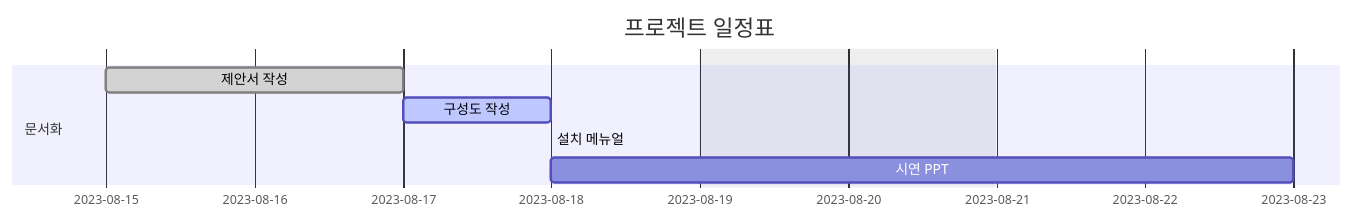
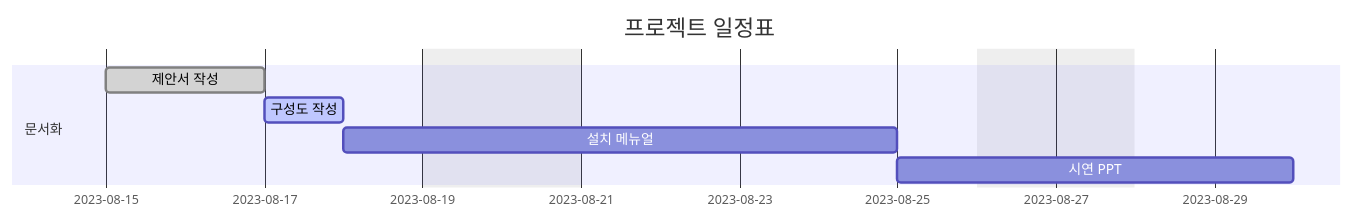
One commit to LOFL404/project1 changed the diagram in README.md. Above: the diagram before and after it, drawn with Mermaid.

````diff
--- a/README.md
+++ b/README.md
@@ -1,16 +1,16 @@
 ```mermaid
 gantt
     dateFormat  YYYY-MM-DD
     axisFormat  %Y-%m-%d
     title       프로젝트 일정표
     excludes    weekends saturday,sunday
     
     section 문서화
     제안서 작성     :done,    a, 2023-08-15, 2d
     구성도 작성     :active,    b, 2023-08-17, 1d
-    설치 메뉴얼     :c, after b, 5days
+    설치 메뉴얼     :c, after b, 5d
     시연 PPT        :after c, 3d
 
     section 구현
     
 ```
````
